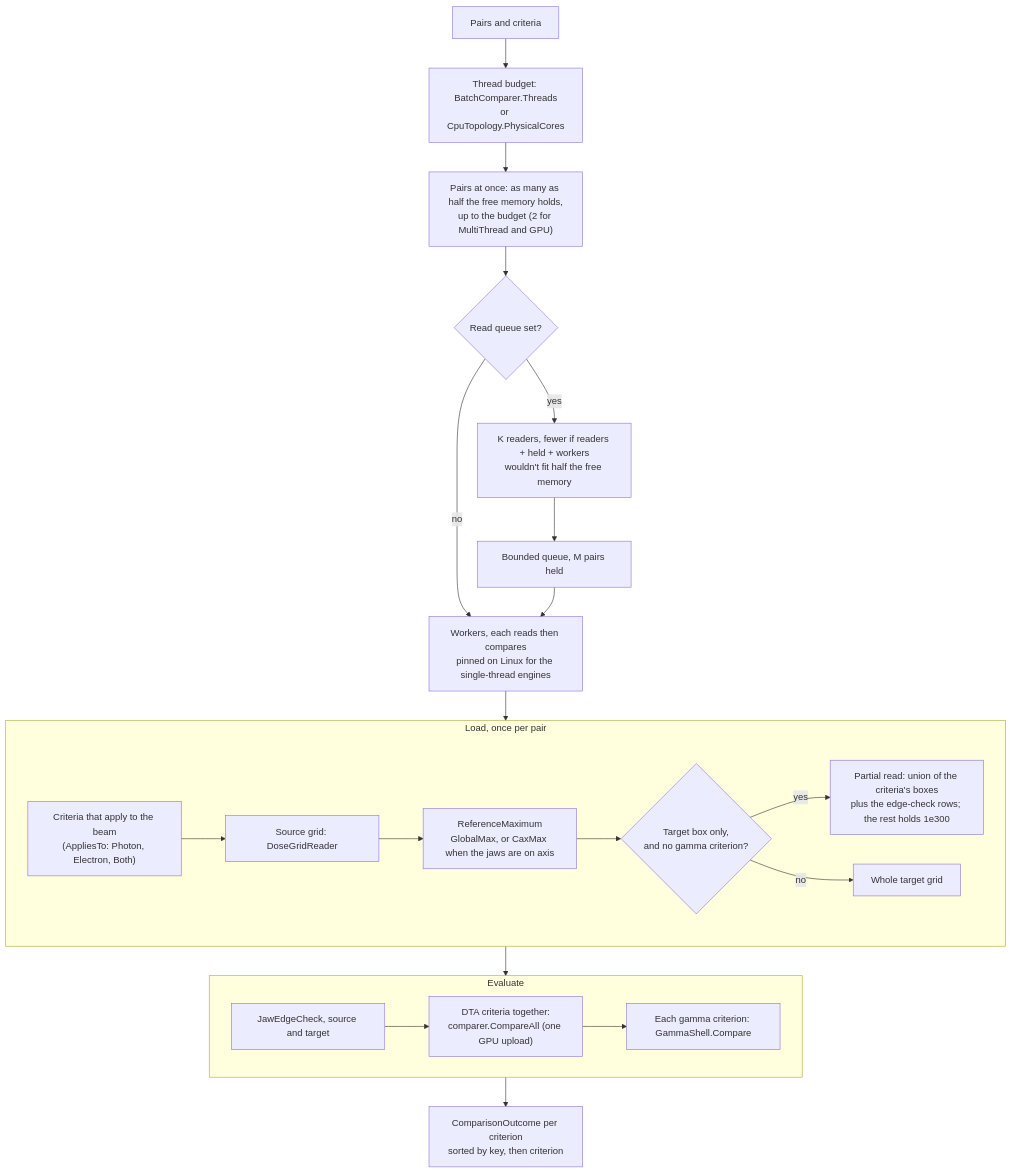
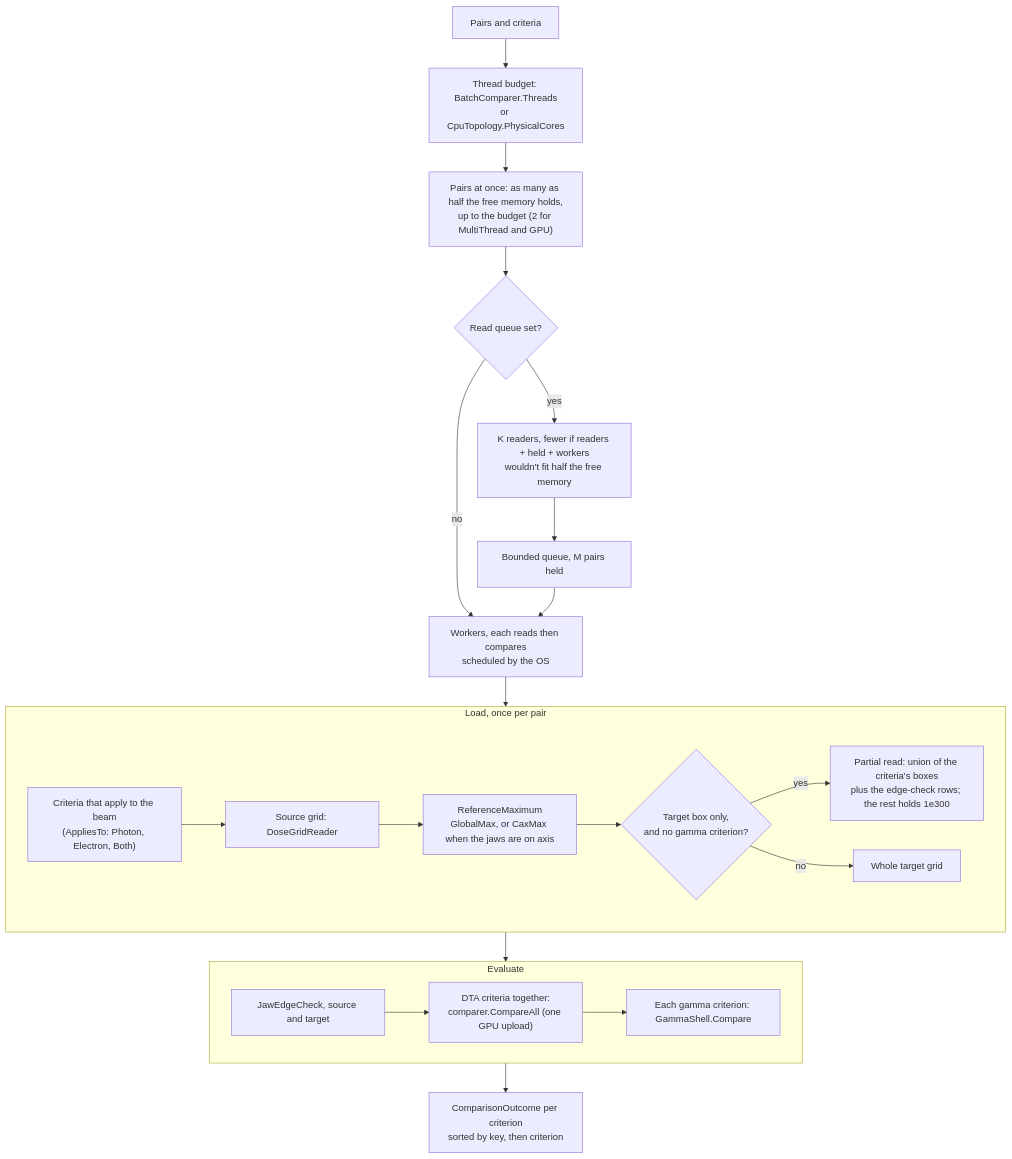
One commit to crcrewso/DicomStrictCompare changed the second of 4 diagrams in design/data-flow.md. Above: the diagram before and after it, drawn with Mermaid. The commit also changed other lines of this file and 7 other files, not shown here.

````diff
--- a/design/data-flow.md
+++ b/design/data-flow.md
@@ -30,22 +30,22 @@
 ```mermaid
 flowchart TD
     pairs["Pairs and criteria"] --> budget["Thread budget: BatchComparer.Threads<br/>or CpuTopology.PhysicalCores"]
     budget --> atonce["Pairs at once: as many as half the free memory holds,<br/>up to the budget (2 for MultiThread and GPU)"]
     atonce --> mode{"Read queue set?"}
-    mode -- no --> workers["Workers, each reads then compares<br/>pinned on Linux for the single-thread engines"]
+    mode -- no --> workers["Workers, each reads then compares<br/>scheduled by the OS"]
     mode -- yes --> readers["K readers, fewer if readers + held + workers<br/>wouldn't fit half the free memory"] --> channel["Bounded queue, M pairs held"] --> workers
     workers --> load
     subgraph load["Load, once per pair"]
         applies["Criteria that apply to the beam<br/>(AppliesTo: Photon, Electron, Both)"] --> src["Source grid: DoseGridReader"]
         src --> max["ReferenceMaximum<br/>GlobalMax, or CaxMax when the jaws are on axis"]
         max --> tgt{"Target box only,<br/>and no gamma criterion?"}
         tgt -- yes --> part["Partial read: union of the criteria's boxes<br/>plus the edge-check rows; the rest holds 1e300"]
         tgt -- no --> whole["Whole target grid"]
     end
     load --> evaluate
     subgraph evaluate["Evaluate"]
         edges["JawEdgeCheck, source and target"] --> dta["DTA criteria together:<br/>comparer.CompareAll (one GPU upload)"]
         dta --> gamma["Each gamma criterion: GammaShell.Compare"]
     end
     evaluate --> outcomes["ComparisonOutcome per criterion<br/>sorted by key, then criterion"]
 ```
````
